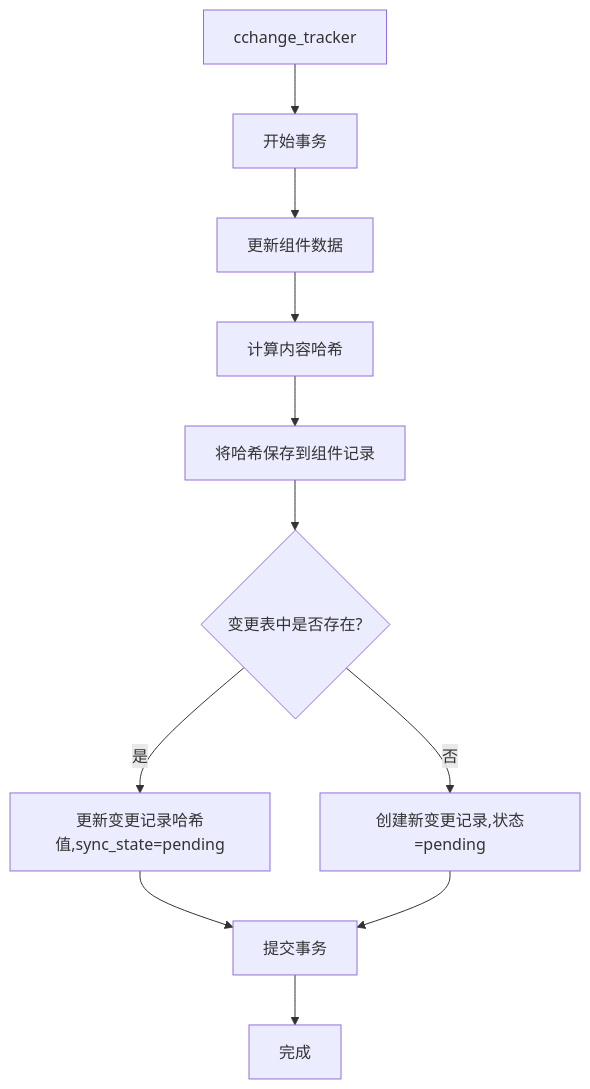
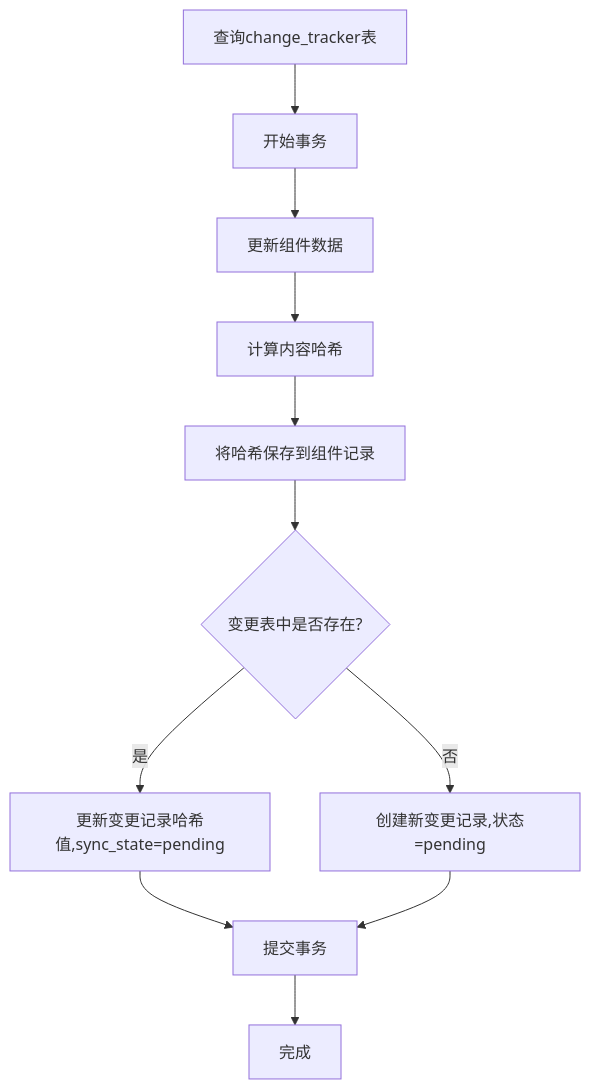
One commit to yingjianzh/iodraw-files changed the diagram in all/未命名-43.md. Above: the diagram before and after it, drawn with Mermaid.

Commit message:
2025-04-25 18:12:17 update

````diff
--- a/all/未命名-43.md
+++ b/all/未命名-43.md
@@ -1,17 +1,17 @@
 ```mermaid
 
 flowchart TD
-    Start[cchange_tracker] --> StartTransaction[开始事务]
+    Start[查询change_tracker表] --> StartTransaction[开始事务]
     StartTransaction --> UpdateComponent[更新组件数据]
     UpdateComponent --> CalcHash[计算内容哈希]
     CalcHash --> SaveHash[将哈希保存到组件记录]
     SaveHash --> CheckExists{变更表中是否存在?}
     
     CheckExists -- 是 --> UpdateChange[更新变更记录哈希值,sync_state=pending]
     CheckExists -- 否 --> CreateChange[创建新变更记录,状态=pending]
     
     UpdateChange --> CommitTransaction[提交事务]
     CreateChange --> CommitTransaction
     CommitTransaction --> End[完成]
 
 ```
````
